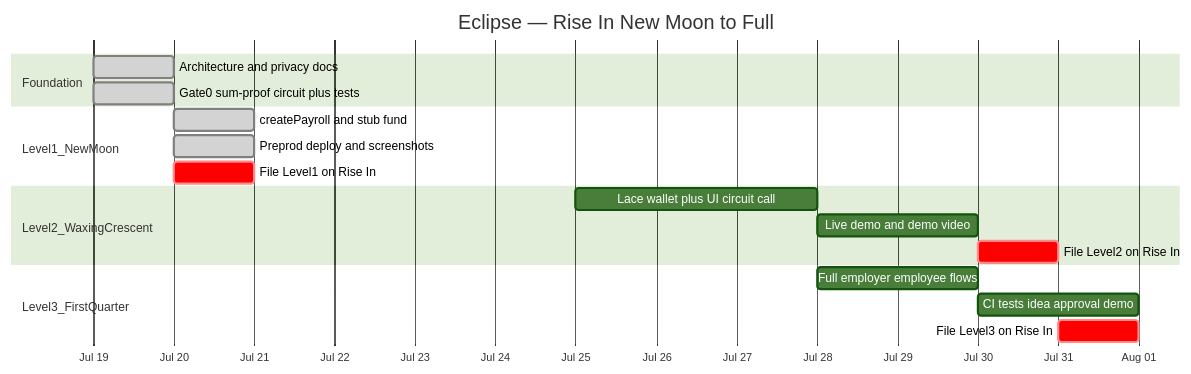
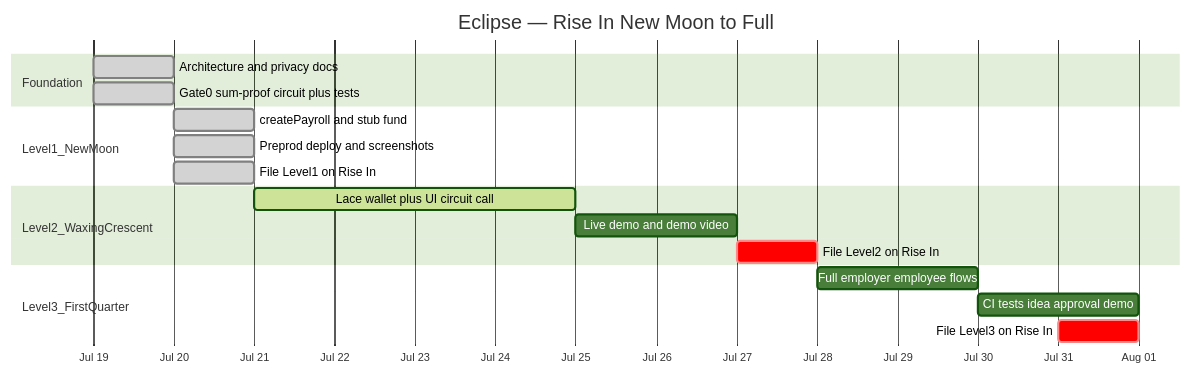
Before and after one commit to TadeyRuk/Eclipse: the diagram in README.md, drawn with Mermaid (forest theme). The commit also changed other lines of this file and 1 other file, not shown here.

First line of the commit message:
docs: mark Level 1 filed on Rise In and tighten README honesty

````diff
--- a/README.md
+++ b/README.md
@@ -24,26 +24,26 @@
 ```mermaid
 gantt
     title Eclipse — Rise In New Moon to Full
     dateFormat YYYY-MM-DD
     axisFormat %b %d
     todayMarker off
 
     section Foundation
     Architecture and privacy docs     :done,    arch, 2026-07-19, 1d
     Gate0 sum-proof circuit plus tests :done,   g0,   2026-07-19, 1d
 
     section Level1_NewMoon
     createPayroll and stub fund       :done,    l1a, 2026-07-20, 1d
     Preprod deploy and screenshots    :done,    l1b, 2026-07-20, 1d
-    File Level1 on Rise In            :crit,    l1c, 2026-07-20, 1d
+    File Level1 on Rise In            :done,    l1c, 2026-07-20, 1d
 
     section Level2_WaxingCrescent
-    Lace wallet plus UI circuit call  :         l2a, 2026-07-25, 3d
+    Lace wallet plus UI circuit call  :active,  l2a, 2026-07-21, 4d
     Live demo and demo video          :         l2b, after l2a, 2d
     File Level2 on Rise In            :crit,    l2c, after l2b, 1d
 
     section Level3_FirstQuarter
     Full employer employee flows      :         l3a, 2026-07-28, 2d
     CI tests idea approval demo       :         l3b, after l3a, 2d
     File Level3 on Rise In            :crit,    l3c, 2026-07-31, 1d
 ```
````
